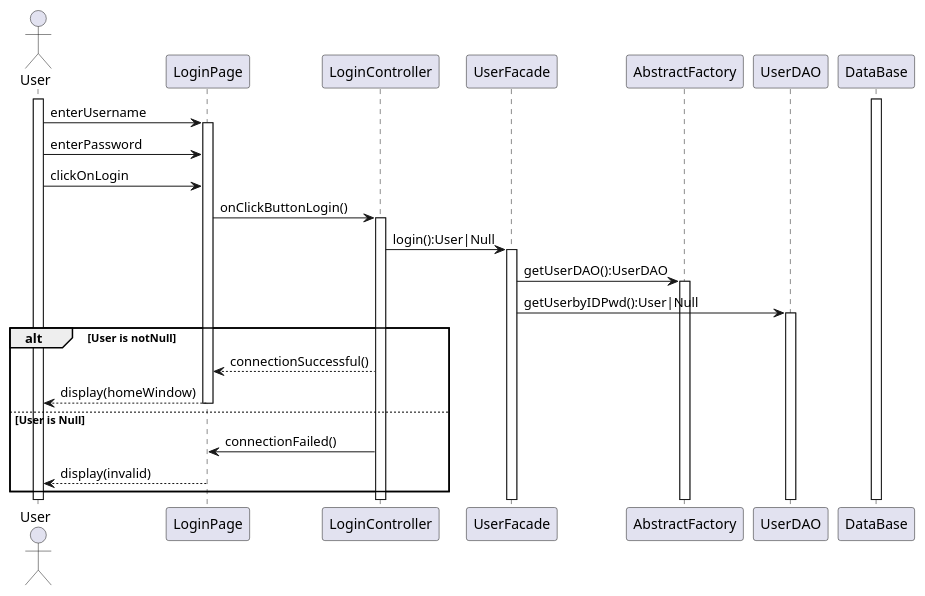
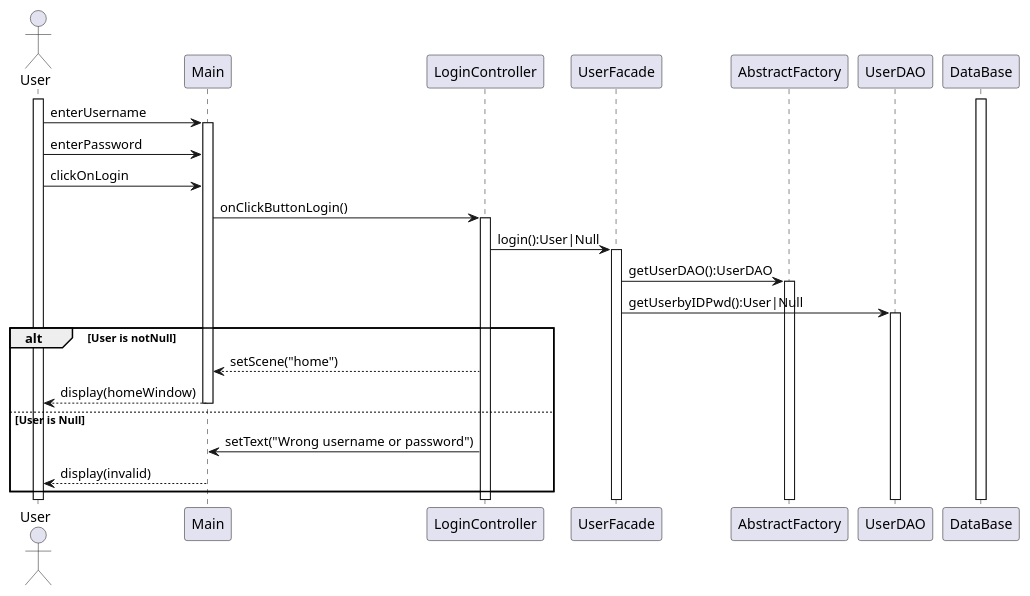
One commit to iusildra/WineCellar changed the diagram in doc/reports/prototype/plantuml/loginSequence.plantuml. Above: the diagram before and after it, drawn with PlantUML. The commit also changed 2 other files, not shown here.

Commit message:
update de login

```diff
--- a/doc/reports/prototype/plantuml/loginSequence.plantuml
+++ b/doc/reports/prototype/plantuml/loginSequence.plantuml
@@ -1,31 +1,31 @@
 @startuml
 skinparam responseMessageBelowArrow true
 
 actor User
-participant LoginPage
+participant Main
 participant LoginController
 participant UserFacade
 participant AbstractFactory
 participant UserDAO
 participant DataBase
 
 activate User
 activate DataBase
 
-User -> LoginPage++: enterUsername
-User -> LoginPage: enterPassword
-User -> LoginPage: clickOnLogin
-LoginPage -> LoginController++: onClickButtonLogin()
+User -> Main++: enterUsername
+User -> Main: enterPassword
+User -> Main: clickOnLogin
+Main -> LoginController++: onClickButtonLogin()
 LoginController -> UserFacade++: login():User|Null
 UserFacade -> AbstractFactory++: getUserDAO():UserDAO
 UserFacade -> UserDAO++: getUserbyIDPwd():User|Null
 
 alt User is notNull
-    LoginController --> LoginPage: connectionSuccessful()
-    LoginPage --> User--: display(homeWindow)
+    LoginController --> Main: setScene("home")
+    Main --> User--: display(homeWindow)
 else User is Null
-    LoginController -> LoginPage: connectionFailed()
-    LoginPage --> User--: display(invalid)
+    LoginController -> Main: setText("Wrong username or password")
+    Main --> User--: display(invalid)
 end
 
 @enduml
```
